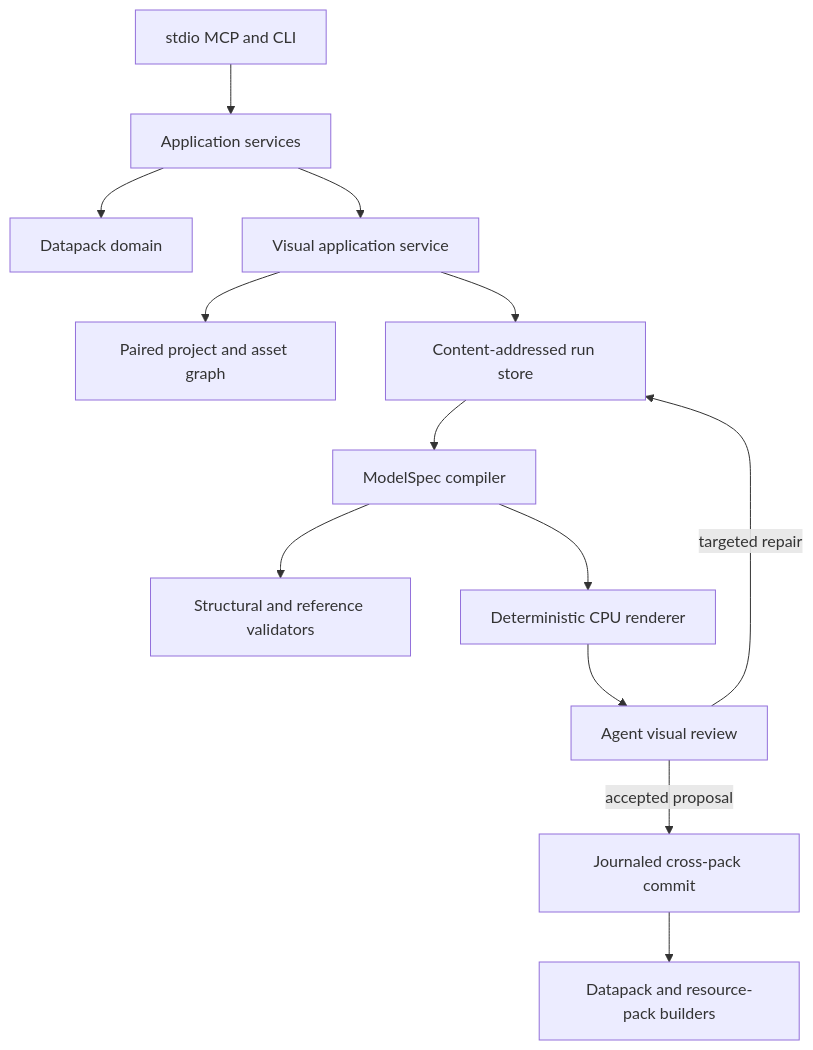
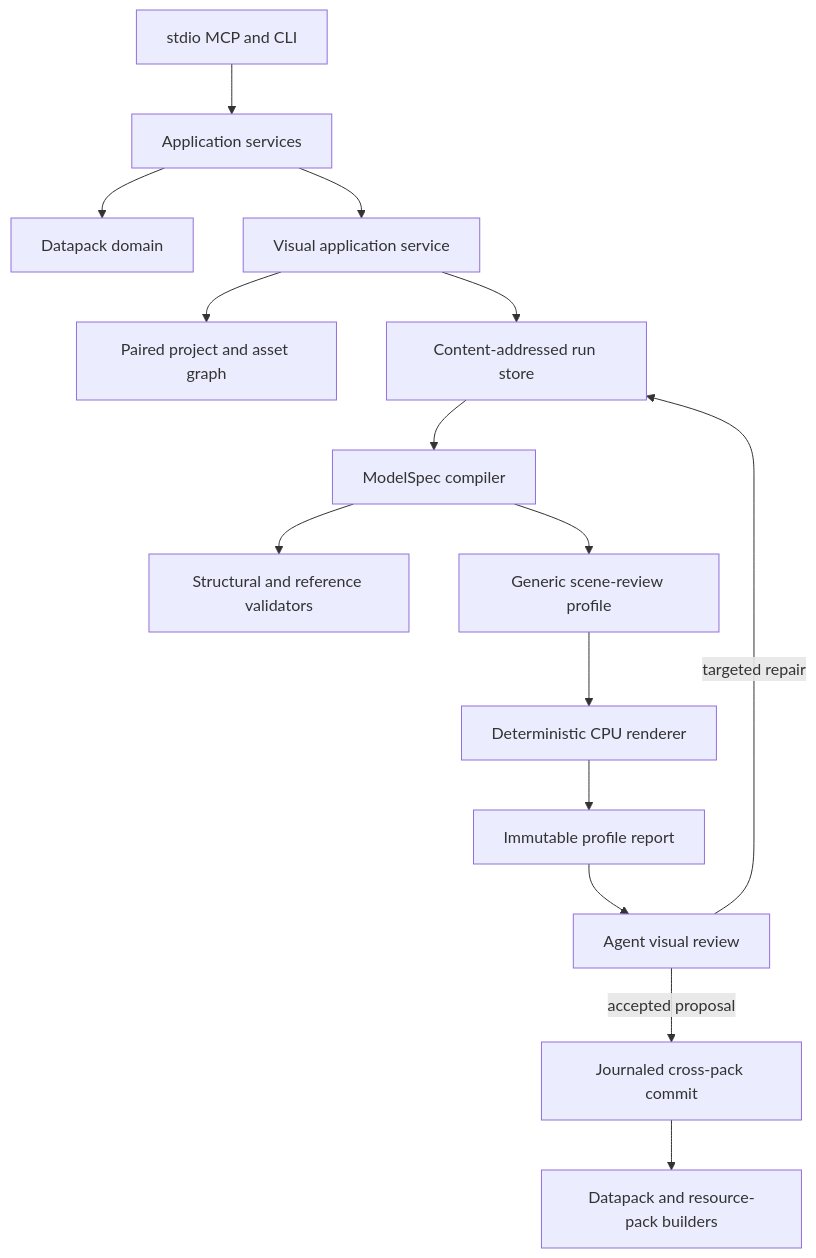
The diagram in docs/architecture.md (rithwikbabu/packwright-mcp), drawn with Mermaid before and after one commit. The commit also changed other lines of this file and 24 other files, not shown here.

Commit message:
feat: add held-item visual review profile

````diff
--- a/docs/architecture.md
+++ b/docs/architecture.md
@@ -7,15 +7,17 @@
 ```mermaid
 flowchart TD
     A["stdio MCP and CLI"] --> B["Application services"]
     B --> C["Datapack domain"]
     B --> D["Visual application service"]
     D --> E["Paired project and asset graph"]
     D --> F["Content-addressed run store"]
     F --> G["ModelSpec compiler"]
     G --> H["Structural and reference validators"]
-    G --> I["Deterministic CPU renderer"]
-    I --> J["Agent visual review"]
-    J -->|"targeted repair"| F
-    J -->|"accepted proposal"| K["Journaled cross-pack commit"]
+    G --> I["Generic scene-review profile"]
+    I --> J["Deterministic CPU renderer"]
+    J --> M["Immutable profile report"]
+    M --> N["Agent visual review"]
+    N -->|"targeted repair"| F
+    N -->|"accepted proposal"| K["Journaled cross-pack commit"]
     K --> L["Datapack and resource-pack builders"]
 ```
````
